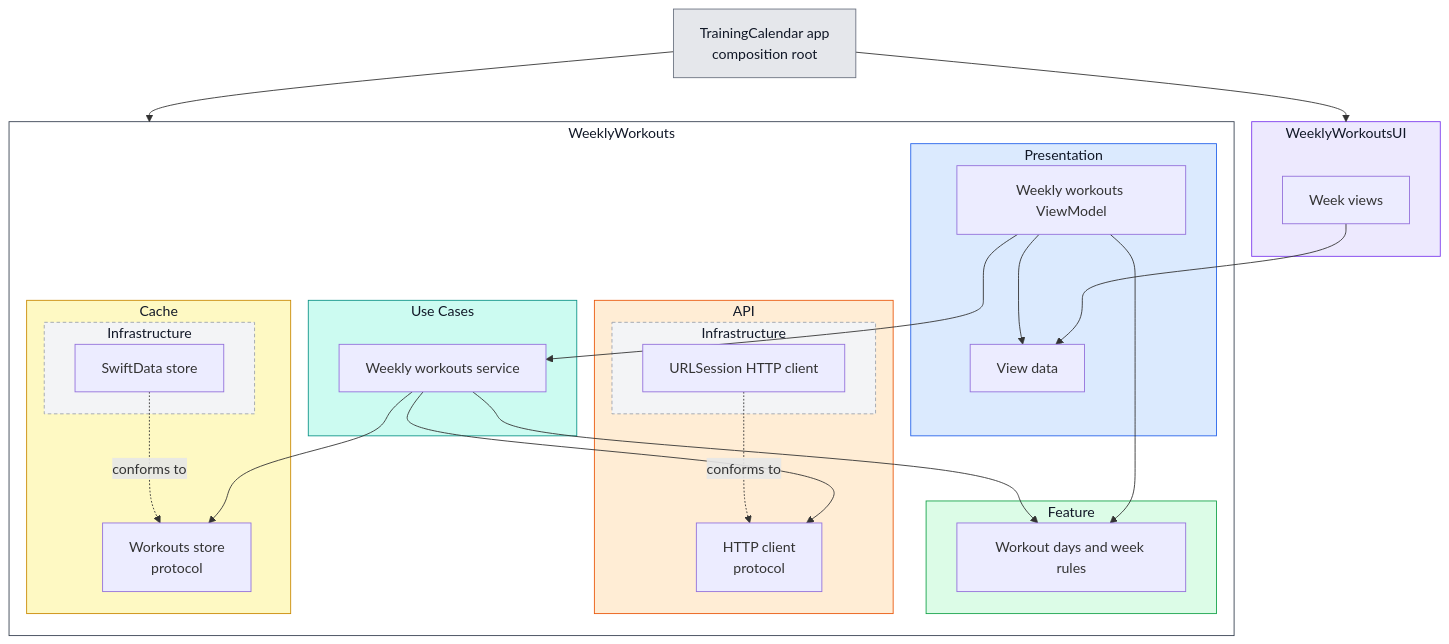
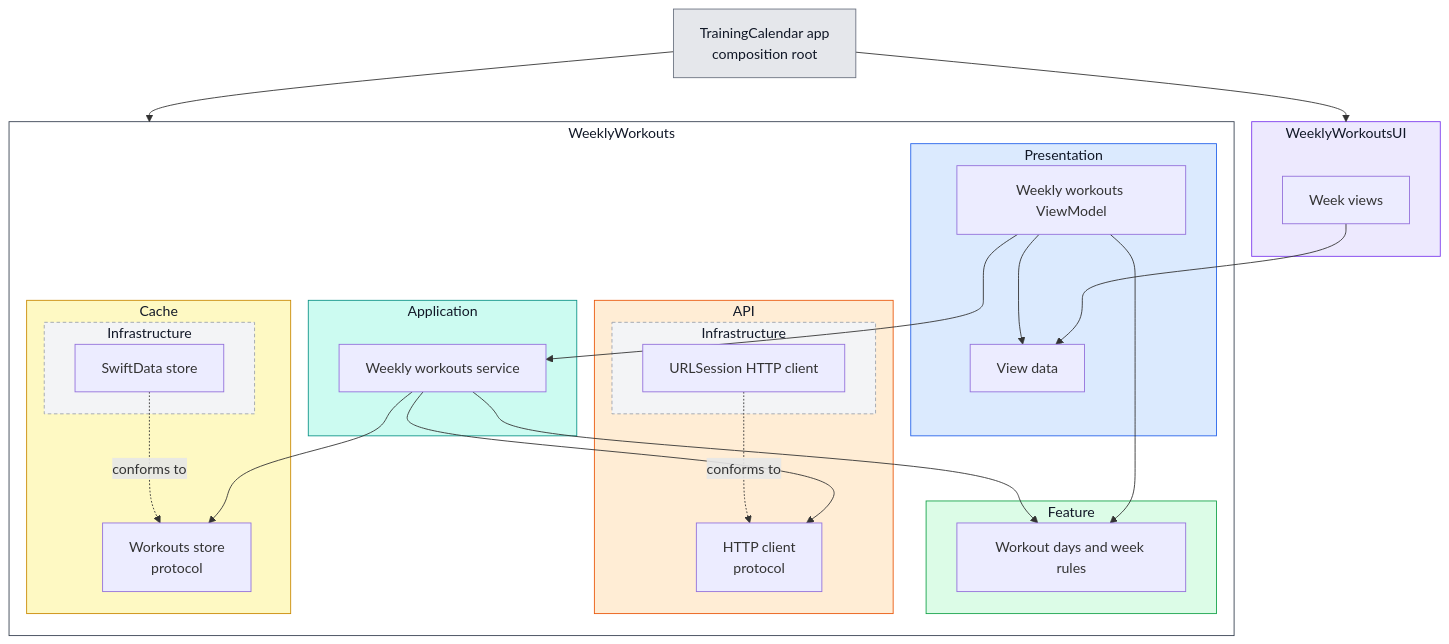
One commit to tringuyen623/training-calendar changed the second of 2 diagrams in README.md. Above: the diagram before and after it, drawn with Mermaid. The commit also changed other lines of this file, not shown here.

Commit message:
Name the `Weekly Workouts Application` folder and the diagram's "Application" box in the README

````diff
--- a/README.md
+++ b/README.md
@@ -385,56 +385,56 @@
 ```mermaid
 graph TD
     App["TrainingCalendar app<br/>composition root"]
 
     subgraph UIModule["WeeklyWorkoutsUI"]
         Views["Week views"]
     end
 
     subgraph Package["WeeklyWorkouts"]
         subgraph Presentation["Presentation"]
             ViewModel["Weekly workouts ViewModel"]
             ViewData["View data"]
         end
-        subgraph UseCases["Use Cases"]
+        subgraph Application["Application"]
             Service["Weekly workouts service"]
         end
         subgraph Feature["Feature"]
             Domain["Workout days and week rules"]
         end
         subgraph API["API"]
             Client["HTTP client<br/>protocol"]
             subgraph APIInfra["Infrastructure"]
                 URLSession["URLSession HTTP client"]
             end
         end
         subgraph Cache["Cache"]
             Store["Workouts store<br/>protocol"]
             subgraph CacheInfra["Infrastructure"]
                 SwiftData["SwiftData store"]
             end
         end
     end
 
     App --> UIModule
     App --> Package
     Views --> ViewData
     ViewModel --> ViewData
     ViewModel --> Service
     ViewModel --> Domain
     Service --> Domain
     Service --> Client
     Service --> Store
     URLSession -. conforms to .-> Client
     SwiftData -. conforms to .-> Store
 
     style App fill:#E5E7EB,stroke:#6B7280,color:#111827
     style UIModule fill:#EDE9FE,stroke:#7C3AED,color:#111827
     style Package fill:#FFFFFF,stroke:#374151,color:#111827
     style Presentation fill:#DBEAFE,stroke:#2563EB,color:#111827
-    style UseCases fill:#CCFBF1,stroke:#0D9488,color:#111827
+    style Application fill:#CCFBF1,stroke:#0D9488,color:#111827
     style Feature fill:#DCFCE7,stroke:#16A34A,color:#111827
     style API fill:#FFEDD5,stroke:#EA580C,color:#111827
     style Cache fill:#FEF9C3,stroke:#CA8A04,color:#111827
     style APIInfra fill:#F3F4F6,stroke:#9CA3AF,stroke-dasharray:4 3,color:#111827
     style CacheInfra fill:#F3F4F6,stroke:#9CA3AF,stroke-dasharray:4 3,color:#111827
 ```
````
